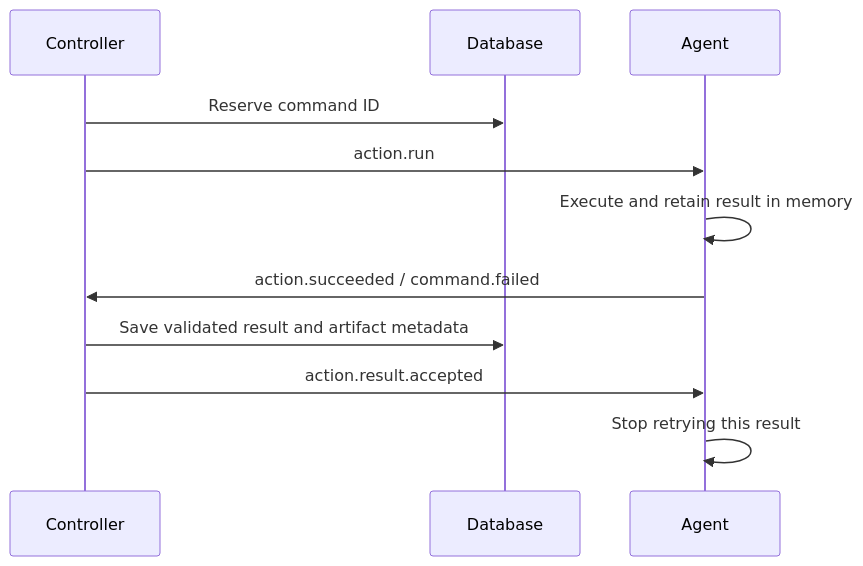
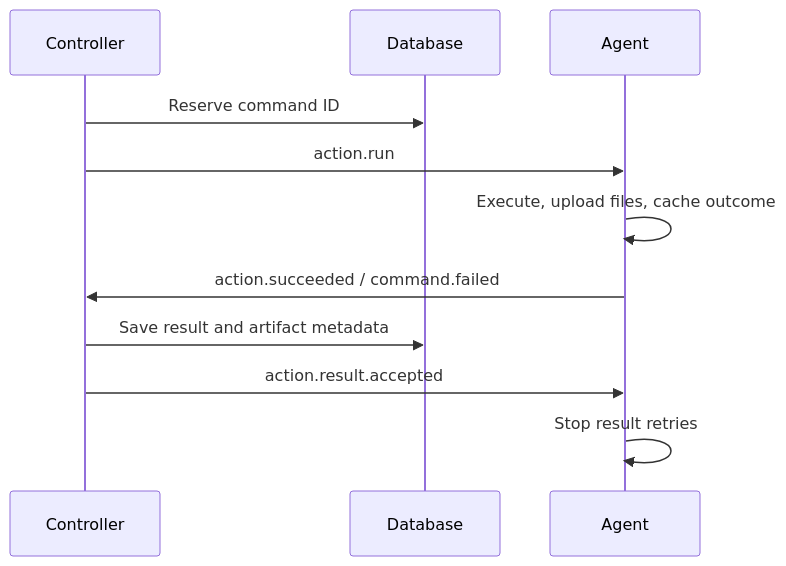
One commit to defos-ai/commander changed the diagram in framework/comms/messages/README.md. Above: the diagram before and after it, drawn with Mermaid. The commit also changed other lines of this file and 17 other files, not shown here.

````diff
--- a/framework/comms/messages/README.md
+++ b/framework/comms/messages/README.md
@@ -92,13 +59,13 @@
 ```mermaid
 sequenceDiagram
     participant C as Controller
     participant D as Database
     participant A as Agent
     C->>D: Reserve command ID
     C->>A: action.run
-    A->>A: Execute and retain result in memory
+    A->>A: Execute, upload files, cache outcome
     A->>C: action.succeeded / command.failed
-    C->>D: Save validated result and artifact metadata
+    C->>D: Save result and artifact metadata
     C->>A: action.result.accepted
-    A->>A: Stop retrying this result
+    A->>A: Stop result retries
 ```
````
